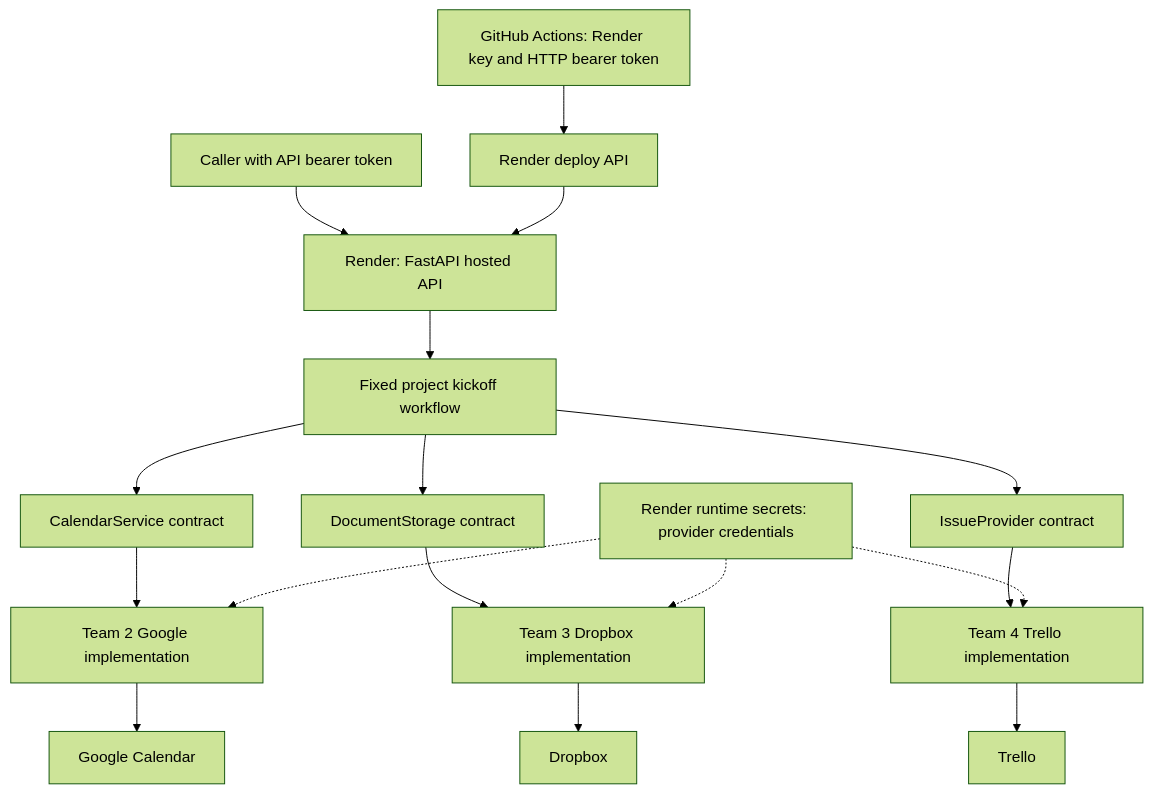
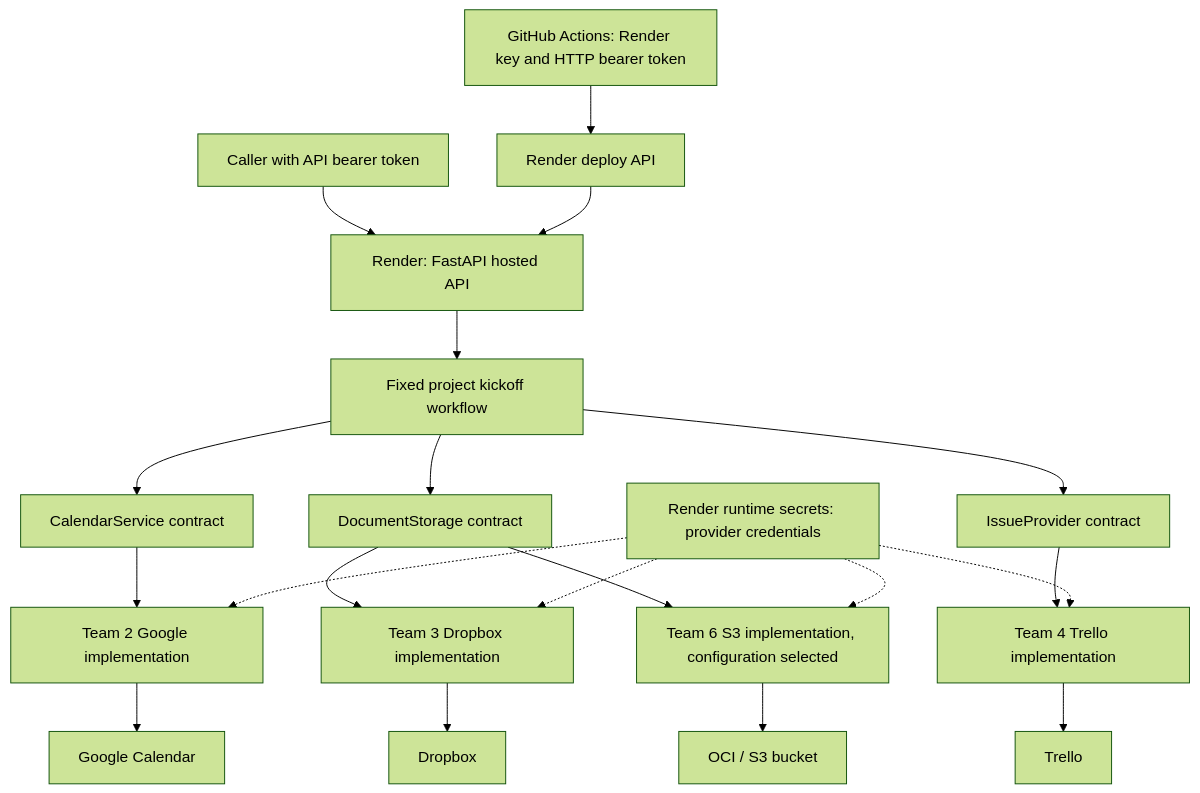
Before and after one commit to Airbus-A330/OSPSD-Team-2: the first of 2 diagrams in docs/DESIGN.md, drawn with Mermaid (forest theme). The commit also changed other lines of this file and 10 other files, not shown here.

Commit message:
feat: add configuration-selected Team 6 storage package

````diff
--- a/docs/DESIGN.md
+++ b/docs/DESIGN.md
@@ -9,19 +9,22 @@
 ```mermaid
 flowchart TD
     Caller[Caller with API bearer token] --> API[Render: FastAPI hosted API]
     API --> W[Fixed project kickoff workflow]
     W --> C[CalendarService contract]
     W --> S[DocumentStorage contract]
     W --> I[IssueProvider contract]
     C --> C2[Team 2 Google implementation]
     S --> S3[Team 3 Dropbox implementation]
+    S --> S6[Team 6 S3 implementation, configuration selected]
     I --> I4[Team 4 Trello implementation]
     C2 --> Google[Google Calendar]
     S3 --> Dropbox[Dropbox]
+    S6 --> OCI[OCI / S3 bucket]
     I4 --> Trello[Trello]
     Runtime[Render runtime secrets: provider credentials] -.-> C2
     Runtime -.-> S3
+    Runtime -.-> S6
     Runtime -.-> I4
     GH[GitHub Actions: Render key and HTTP bearer token] --> Render[Render deploy API]
     Render --> API
 ```
````
